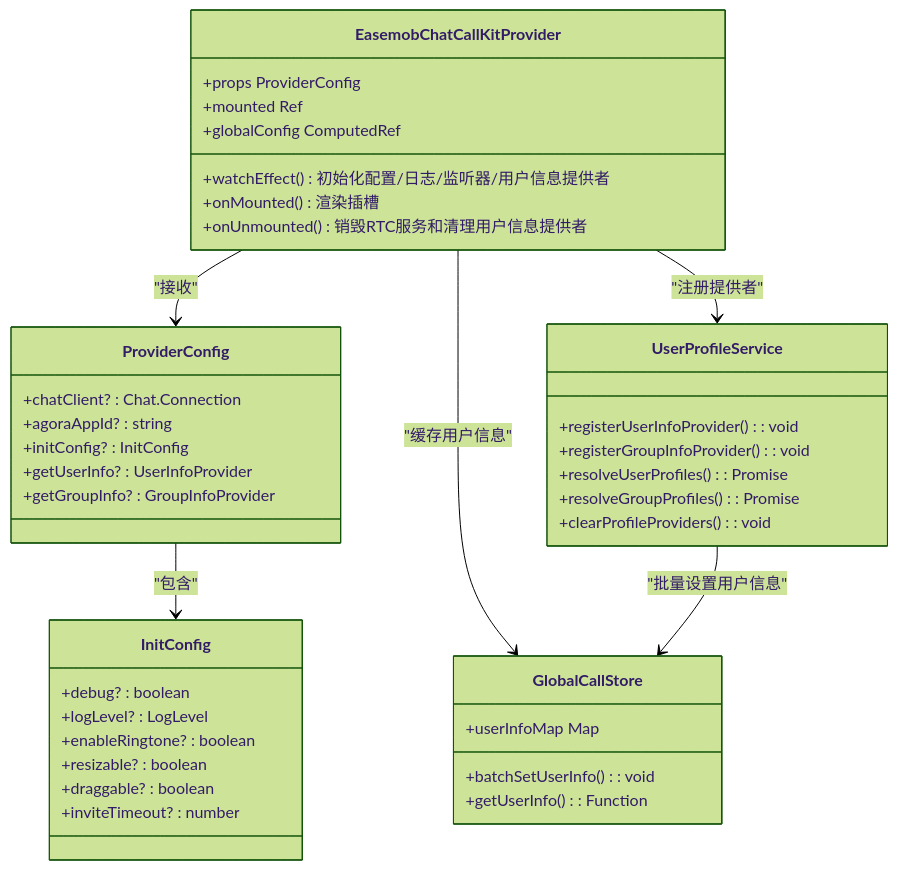
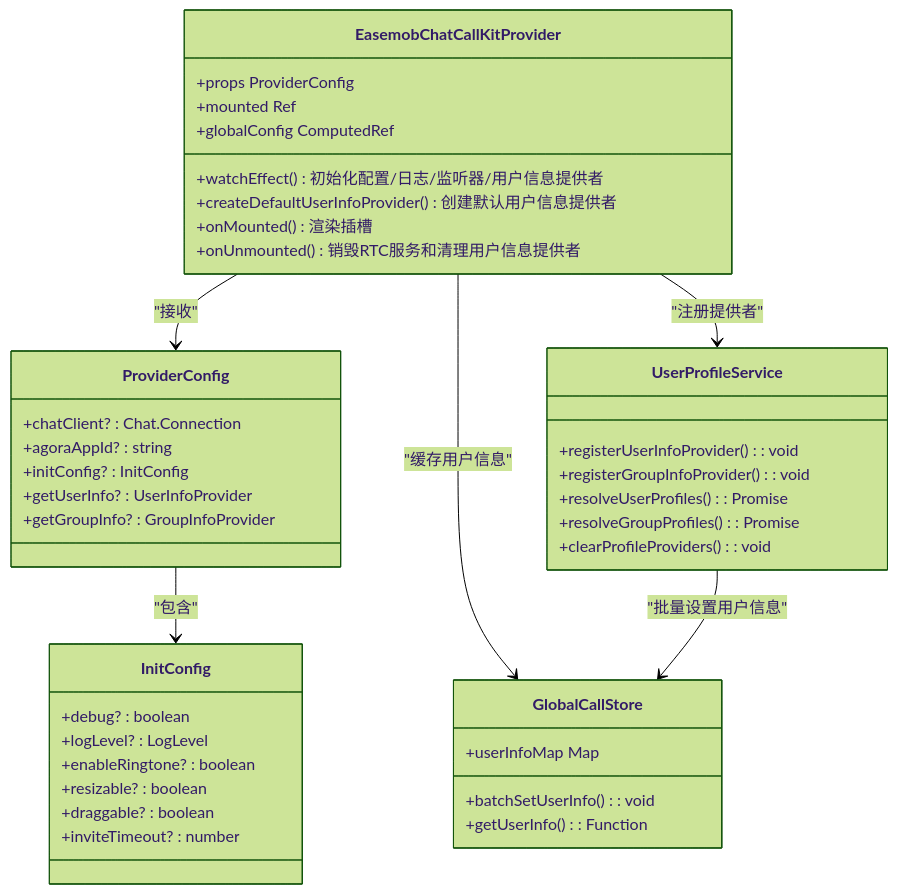
The third of 5 diagrams in .qoder/repowiki/zh/content/核心组件/Provider 组件.md (Easemob-Community/easemob-uikit-callkit-vue3), drawn with Mermaid (forest theme) before and after one commit. The commit also changed other lines of this file and 12 other files, not shown here.

First line of the commit message:
feat: call / groupCall 支持主动传入 caller userInfo

````diff
--- a/.qoder/repowiki/zh/content/核心组件/Provider 组件.md
+++ b/.qoder/repowiki/zh/content/核心组件/Provider 组件.md
@@ -178,43 +185,44 @@
 ```mermaid
 classDiagram
 class EasemobChatCallKitProvider {
 +props ProviderConfig
 +mounted Ref<bool>
 +globalConfig ComputedRef
 +watchEffect() 初始化配置/日志/监听器/用户信息提供者
++createDefaultUserInfoProvider() 创建默认用户信息提供者
 +onMounted() 渲染插槽
 +onUnmounted() 销毁RTC服务和清理用户信息提供者
 }
 class ProviderConfig {
 +chatClient? : Chat.Connection
 +agoraAppId? : string
 +initConfig? : InitConfig
 +getUserInfo? : UserInfoProvider
 +getGroupInfo? : GroupInfoProvider
 }
 class InitConfig {
 +debug? : boolean
 +logLevel? : LogLevel
 +enableRingtone? : boolean
 +resizable? : boolean
 +draggable? : boolean
 +inviteTimeout? : number
 }
 class UserProfileService {
 +registerUserInfoProvider() : void
 +registerGroupInfoProvider() : void
 +resolveUserProfiles() : Promise<UserProfile[]>
 +resolveGroupProfiles() : Promise<GroupProfile[]>
 +clearProfileProviders() : void
 }
 class GlobalCallStore {
 +userInfoMap Map
 +batchSetUserInfo() : void
 +getUserInfo() : Function
 }
 EasemobChatCallKitProvider --> ProviderConfig : "接收"
 ProviderConfig --> InitConfig : "包含"
 EasemobChatCallKitProvider --> UserProfileService : "注册提供者"
 EasemobChatCallKitProvider --> GlobalCallStore : "缓存用户信息"
 UserProfileService --> GlobalCallStore : "批量设置用户信息"
 ```
````
